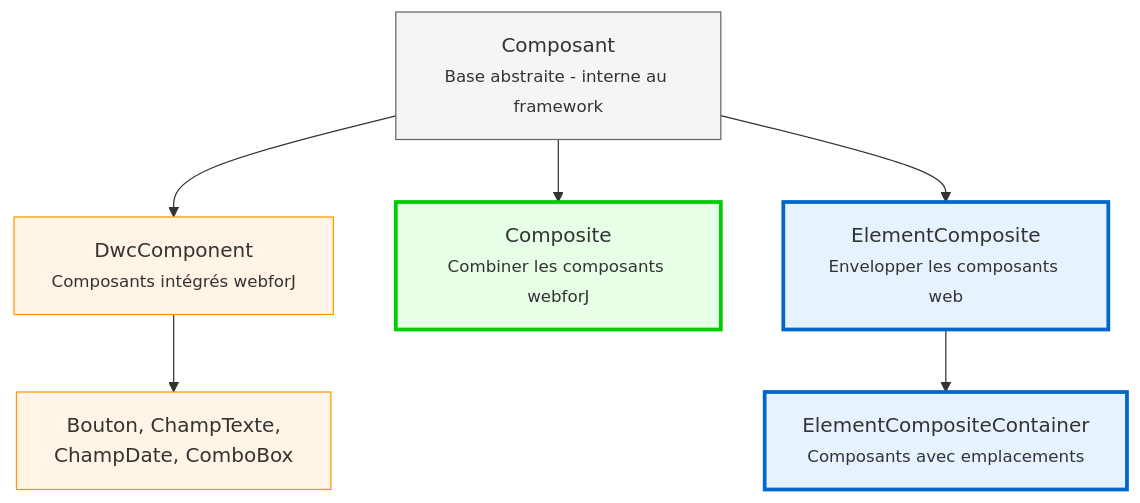
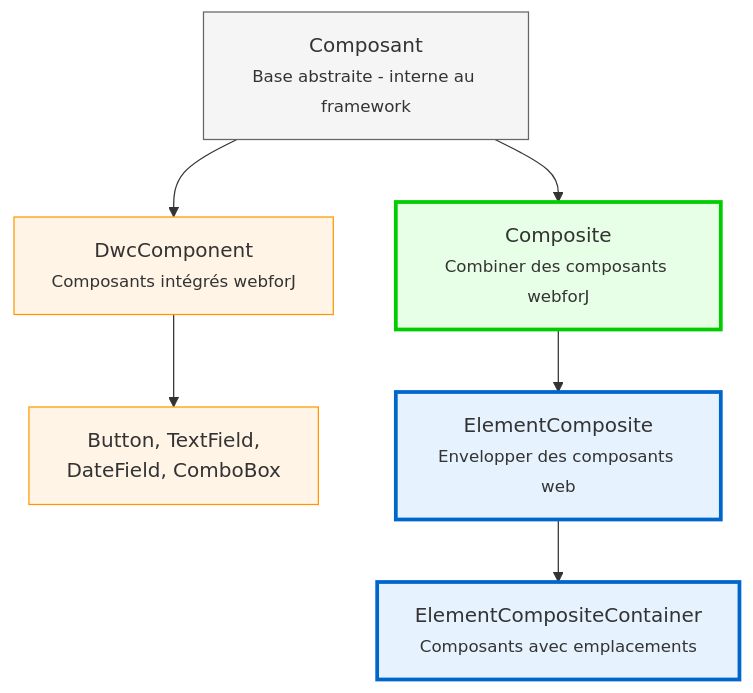
One commit to webforj/webforj-documentation changed the diagram in docs/i18n/fr/docusaurus-plugin-content-docs/current/building-ui/component-fundamentals.md. Above: the diagram before and after it, drawn with Mermaid. The commit also changed other lines of this file and 389 other files, not shown here.

````diff
--- a/docs/i18n/fr/docusaurus-plugin-content-docs/current/building-ui/component-fundamentals.md
+++ b/docs/i18n/fr/docusaurus-plugin-content-docs/current/building-ui/component-fundamentals.md
@@ -52,22 +52,22 @@
 ```mermaid
 graph TD
-    A[Composant<br/><small>Base abstraite - interne au framework</small>]
-    
-    A --> B[DwcComponent<br/><small>Composants intégrés webforJ</small>]
-    A --> C[Composite<br/><small>Combiner les composants webforJ</small>]
-    A --> D[ElementComposite<br/><small>Envelopper les composants web</small>]
-    
-    B --> E[Bouton, ChampTexte,<br/>ChampDate, ComboBox]
-    
-    D --> F[ElementCompositeContainer<br/><small>Composants avec emplacements</small>]
-    
-    style A fill:#f5f5f5,stroke:#666
-    style B fill:#fff4e6,stroke:#ff9800
-    style C fill:#e6ffe6,stroke:#00cc00
-    style D fill:#e6f3ff,stroke:#0066cc
-    style E fill:#fff4e6,stroke:#ff9800
-    style F fill:#e6f3ff,stroke:#0066cc
-    
-    classDef userClass stroke-width:3px
-    class C,D,F userClass
+  A[Composant<br/><small>Base abstraite - interne au framework</small>]
+  
+  A --> B[DwcComponent<br/><small>Composants intégrés webforJ</small>]
+  A --> C[Composite<br/><small>Combiner des composants webforJ</small>]
+  
+  B --> E[Button, TextField,<br/>DateField, ComboBox]
+  
+  C --> D[ElementComposite<br/><small>Envelopper des composants web</small>]
+  D --> F[ElementCompositeContainer<br/><small>Composants avec emplacements</small>]
+  
+  style A fill:#f5f5f5,stroke:#666
+  style B fill:#fff4e6,stroke:#ff9800
+  style C fill:#e6ffe6,stroke:#00cc00
+  style D fill:#e6f3ff,stroke:#0066cc
+  style E fill:#fff4e6,stroke:#ff9800
+  style F fill:#e6f3ff,stroke:#0066cc
+  
+  classDef userClass stroke-width:3px
+  class C,D,F userClass
 ```
````
